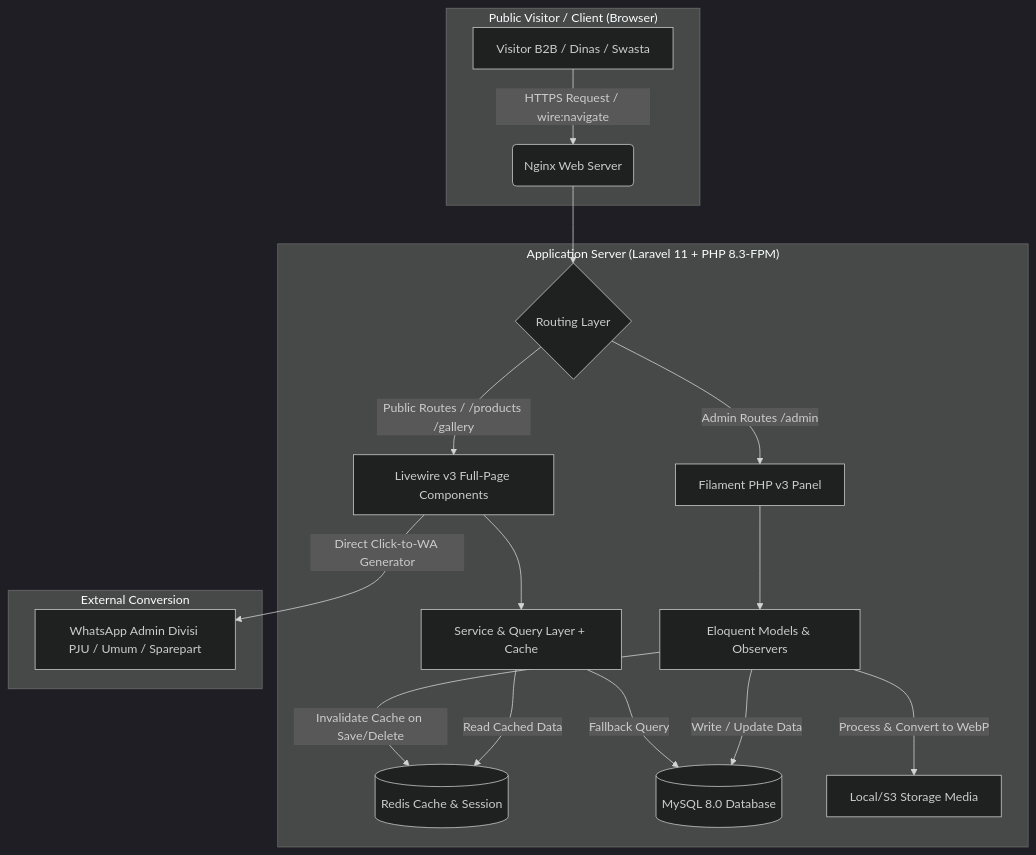
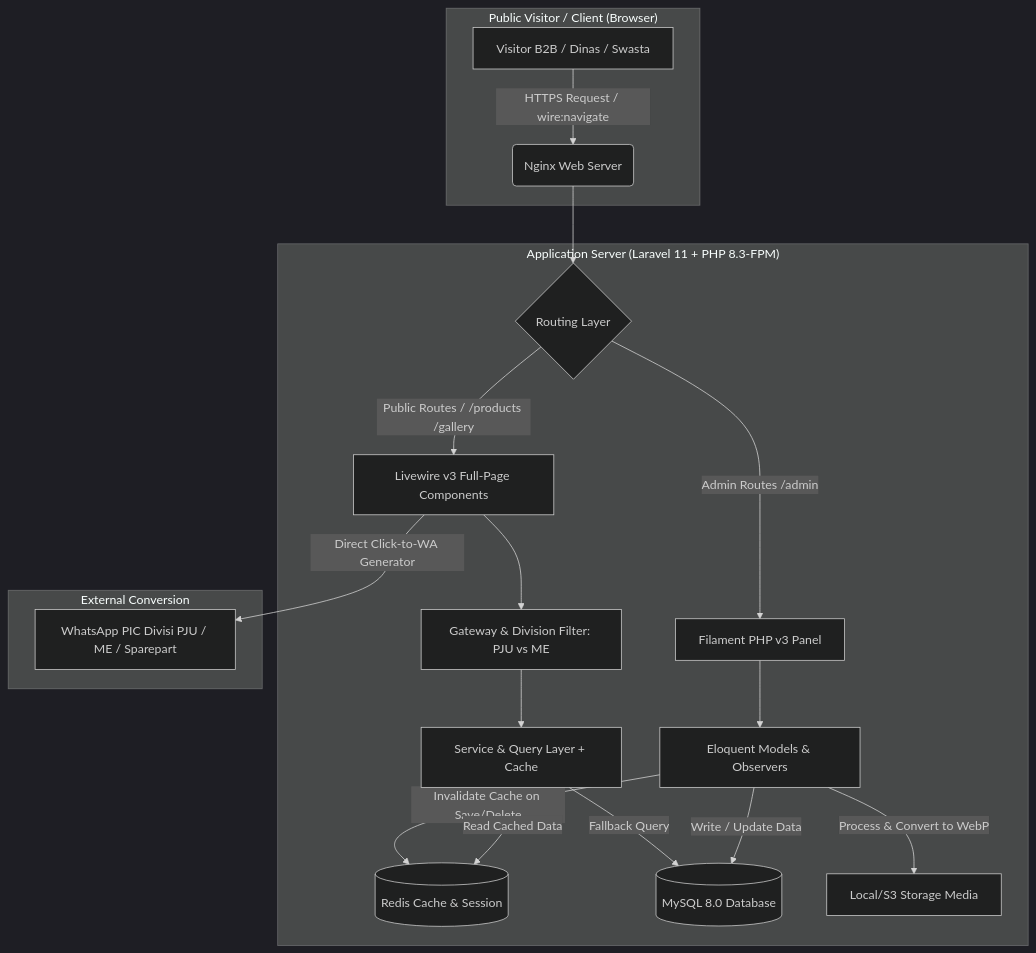
One commit to Nademmm/ptmaa_project changed the diagram in docs/System_Architecture_Blueprint.md. Above: the diagram before and after it, drawn with Mermaid (dark theme). The commit also changed other lines of this file and 3 other files, not shown here.

Commit message:
docs: update and clean all documentation (README, PRD, Architecture Blueprint) with authentic PT MAA branding and PJU vs ME division architecture

````diff
--- a/docs/System_Architecture_Blueprint.md
+++ b/docs/System_Architecture_Blueprint.md
@@ -13,25 +13,26 @@
 ```mermaid
 graph TD
     subgraph "Public Visitor / Client (Browser)"
         A[Visitor B2B / Dinas / Swasta] -->|HTTPS Request / wire:navigate| B(Nginx Web Server)
     end
 
     subgraph "Application Server (Laravel 11 + PHP 8.3-FPM)"
         B --> C{Routing Layer}
         C -->|Public Routes / /products /gallery| D[Livewire v3 Full-Page Components]
         C -->|Admin Routes /admin| E[Filament PHP v3 Panel]
         
-        D --> F[Service & Query Layer + Cache]
-        E --> G[Eloquent Models & Observers]
+        D --> F[Gateway & Division Filter: PJU vs ME]
+        F --> G[Service & Query Layer + Cache]
+        E --> H[Eloquent Models & Observers]
         
-        G -->|Invalidate Cache on Save/Delete| H[(Redis Cache & Session)]
-        F -->|Read Cached Data| H
-        F -->|Fallback Query| I[(MySQL 8.0 Database)]
-        G -->|Write / Update Data| I
-        G -->|Process & Convert to WebP| J[Local/S3 Storage Media]
+        H -->|Invalidate Cache on Save/Delete| I[(Redis Cache & Session)]
+        G -->|Read Cached Data| I
+        G -->|Fallback Query| J[(MySQL 8.0 Database)]
+        H -->|Write / Update Data| J
+        H -->|Process & Convert to WebP| K[Local/S3 Storage Media]
     end
 
     subgraph "External Conversion"
-        D -->|Direct Click-to-WA Generator| K[WhatsApp Admin Divisi PJU / Umum / Sparepart]
+        D -->|Direct Click-to-WA Generator| L[WhatsApp PIC Divisi PJU / ME / Sparepart]
     end
 ```
````
